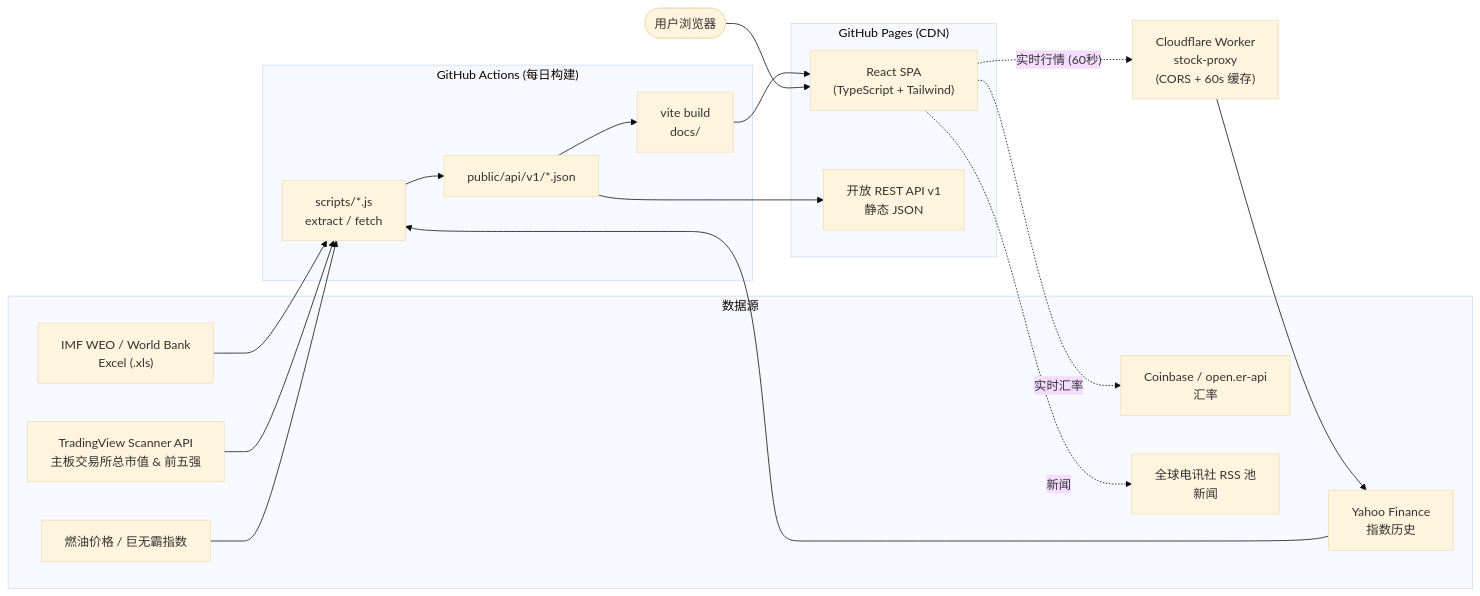
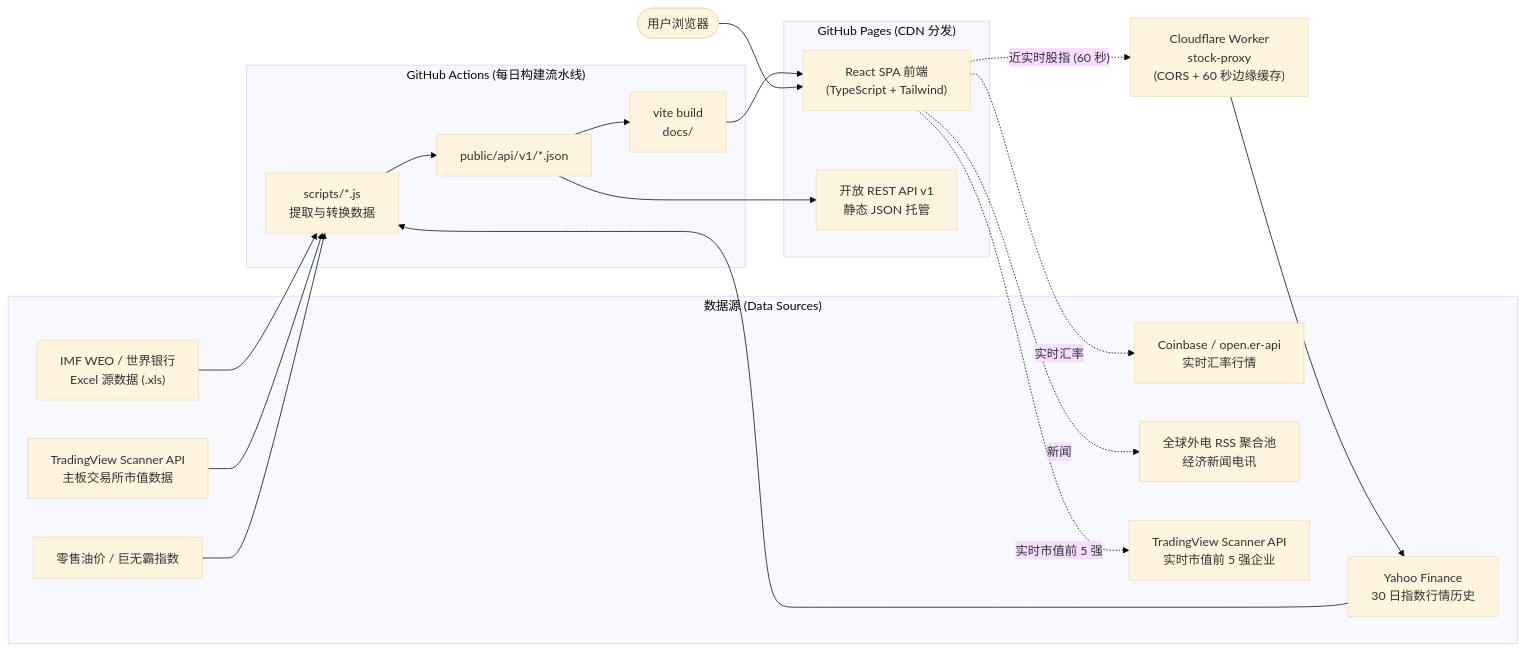
One commit to silverogic/geonomics changed the diagram in README.zh.md. Above: the diagram before and after it, drawn with Mermaid (base theme). The commit also changed other lines of this file and 19 other files, not shown here.

Commit message:
refactor: modernize i18n architecture with react-i18next and update documentation

````diff
--- a/README.zh.md
+++ b/README.zh.md
@@ -116,38 +131,40 @@
 ```mermaid
 flowchart LR
-  subgraph SRC["数据源"]
-    S1["IMF WEO / World Bank<br/>Excel (.xls)"]
-    S2["Yahoo Finance<br/>指数历史"]
-    S3["TradingView Scanner API<br/>主板交易所总市值 & 前五强"]
-    S4["燃油价格 / 巨无霸指数"]
-    S5["Coinbase / open.er-api<br/>汇率"]
-    S6["全球电讯社 RSS 池<br/>新闻"]
+  subgraph SRC["数据源 (Data Sources)"]
+    S1["IMF WEO / 世界银行<br/>Excel 源数据 (.xls)"]
+    S2["Yahoo Finance<br/>30 日指数行情历史"]
+    S3["TradingView Scanner API<br/>主板交易所市值数据"]
+    S4["零售油价 / 巨无霸指数"]
+    S5["Coinbase / open.er-api<br/>实时汇率行情"]
+    S6["全球外电 RSS 聚合池<br/>经济新闻电讯"]
+    S7["TradingView Scanner API<br/>实时市值前 5 强企业"]
   end
 
-  subgraph CI["GitHub Actions (每日构建)"]
-    P1["scripts/*.js<br/>extract / fetch"]
+  subgraph CI["GitHub Actions (每日构建流水线)"]
+    P1["scripts/*.js<br/>提取与转换数据"]
     P2["public/api/v1/*.json"]
     P3["vite build<br/>docs/"]
   end
 
-  subgraph HOST["GitHub Pages (CDN)"]
-    WEB["React SPA<br/>(TypeScript + Tailwind)"]
-    API["开放 REST API v1<br/>静态 JSON"]
+  subgraph HOST["GitHub Pages (CDN 分发)"]
+    WEB["React SPA 前端<br/>(TypeScript + Tailwind)"]
+    API["开放 REST API v1<br/>静态 JSON 托管"]
   end
 
-  W["Cloudflare Worker<br/>stock-proxy<br/>(CORS + 60s 缓存)"]
+  W["Cloudflare Worker<br/>stock-proxy<br/>(CORS + 60 秒边缘缓存)"]
   U(["用户浏览器"])
 
   S1 --> P1
   S2 --> P1
   S3 --> P1
   S4 --> P1
   P1 --> P2 --> P3 --> WEB
   P2 --> API
 
   U --> WEB
-  WEB -. "实时行情 (60秒)" .-> W
+  WEB -. "近实时股指 (60 秒)" .-> W
   W --> S2
   WEB -. "实时汇率" .-> S5
   WEB -. "新闻" .-> S6
+  WEB -. "实时市值前 5 强" .-> S7
 ```
````
